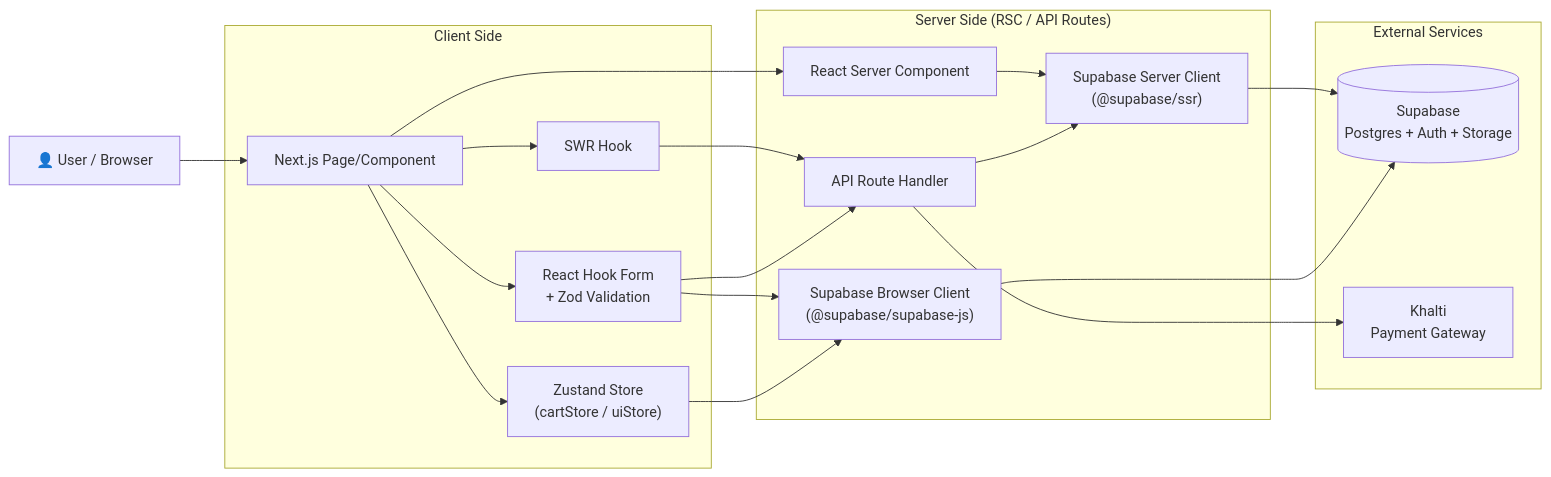
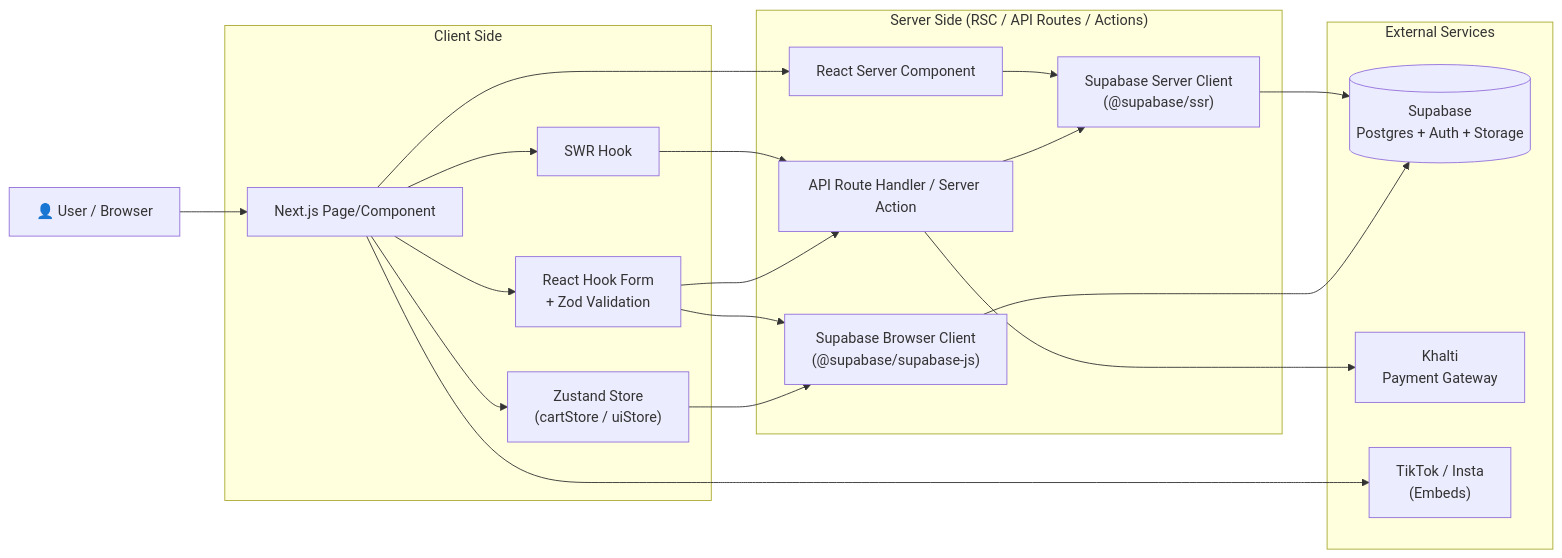
One commit to noorkth2/thediecastcornernepal changed the fourth of 5 diagrams in dependency_graph.md. Above: the diagram before and after it, drawn with Mermaid. The commit also changed other lines of this file, not shown here.

Commit message:
docs: update dependency graph to reflect media and bulk import features

````diff
--- a/dependency_graph.md
+++ b/dependency_graph.md
@@ -372,38 +278,40 @@
 ```mermaid
 flowchart LR
   USER["👤 User / Browser"]
 
   subgraph Client ["Client Side"]
     PAGE["Next.js Page/Component"]
     SWR_HOOK["SWR Hook"]
     ZUSTAND["Zustand Store<br/>(cartStore / uiStore)"]
     RHF["React Hook Form<br/>+ Zod Validation"]
   end
 
-  subgraph Server ["Server Side (RSC / API Routes)"]
+  subgraph Server ["Server Side (RSC / API Routes / Actions)"]
     RSC["React Server Component"]
-    API_RT["API Route Handler"]
+    API_RT["API Route Handler / Server Action"]
     SB_SRV["Supabase Server Client<br/>(@supabase/ssr)"]
     SB_CLI["Supabase Browser Client<br/>(@supabase/supabase-js)"]
   end
 
   subgraph External ["External Services"]
     SUPABASE[("Supabase<br/>Postgres + Auth + Storage")]
     KHALTI["Khalti<br/>Payment Gateway"]
+    TIKTOK["TikTok / Insta<br/>(Embeds)"]
   end
 
   USER --> PAGE
   PAGE --> SWR_HOOK
   SWR_HOOK --> API_RT
   PAGE --> RSC
   RSC --> SB_SRV
   API_RT --> SB_SRV
   API_RT --> KHALTI
   SB_SRV --> SUPABASE
   SB_CLI --> SUPABASE
   PAGE --> ZUSTAND
   PAGE --> RHF
   RHF --> API_RT
   RHF --> SB_CLI
   ZUSTAND --> SB_CLI
+  PAGE --> TIKTOK
 ```
````
